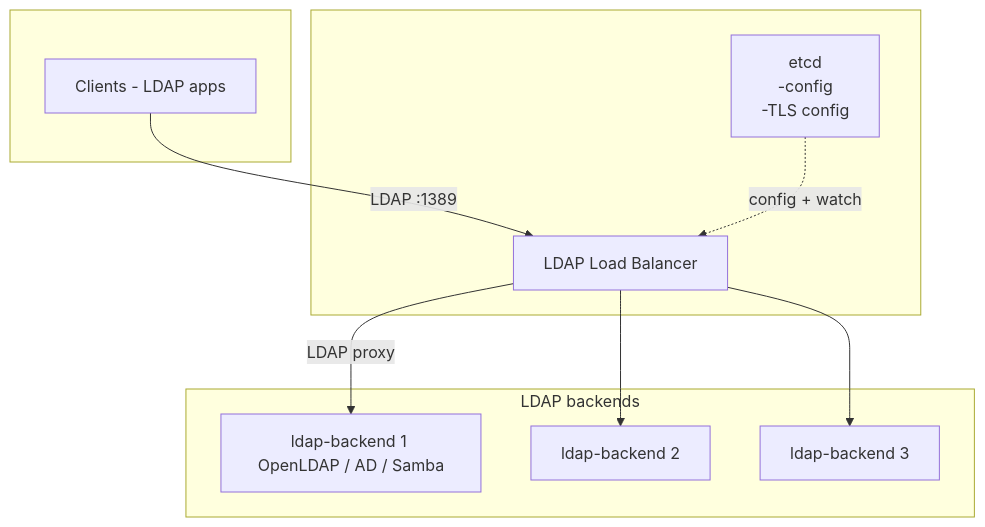
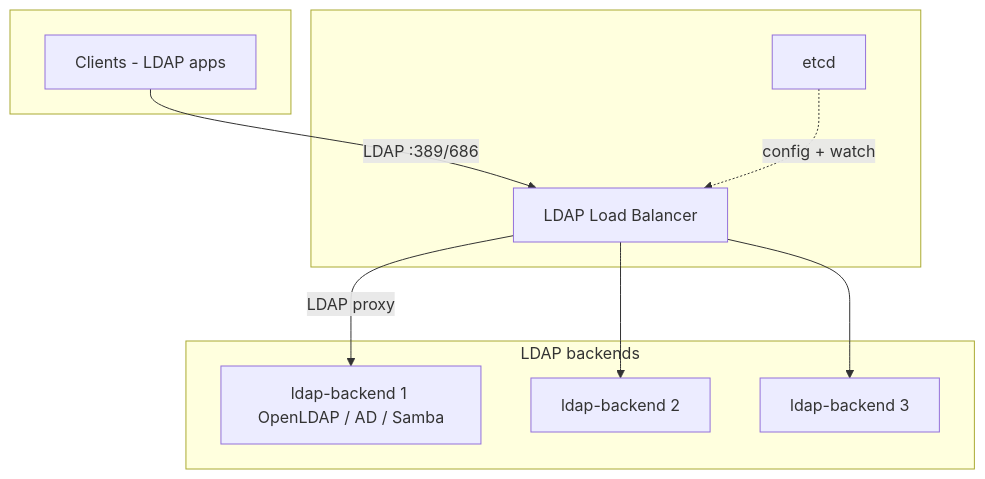
The diagram in docs/admin-guide.md (chonbash/ldap_load_balancer), drawn with Mermaid before and after one commit.

````diff
--- a/docs/admin-guide.md
+++ b/docs/admin-guide.md
@@ -11,25 +11,23 @@
 ```mermaid
 flowchart TB
   subgraph clients[" "]
     C[Clients - LDAP apps]
   end
 
   subgraph tier1[" "]
     LB["LDAP Load Balancer"]
-    E["etcd
--config
--TLS config"]
+    E["etcd"]
   end
 
   subgraph backends["LDAP backends"]
     B1[ldap-backend 1 OpenLDAP / AD / Samba]
     B2[ldap-backend 2]
     B3[ldap-backend 3]
   end
 
-  C -->|"LDAP :1389"| LB
+  C -->|"LDAP :389/686"| LB
   E -.->|"config + watch"| LB
   LB -->|LDAP proxy| B1
   LB --> B2
   LB --> B3
 ```
````
